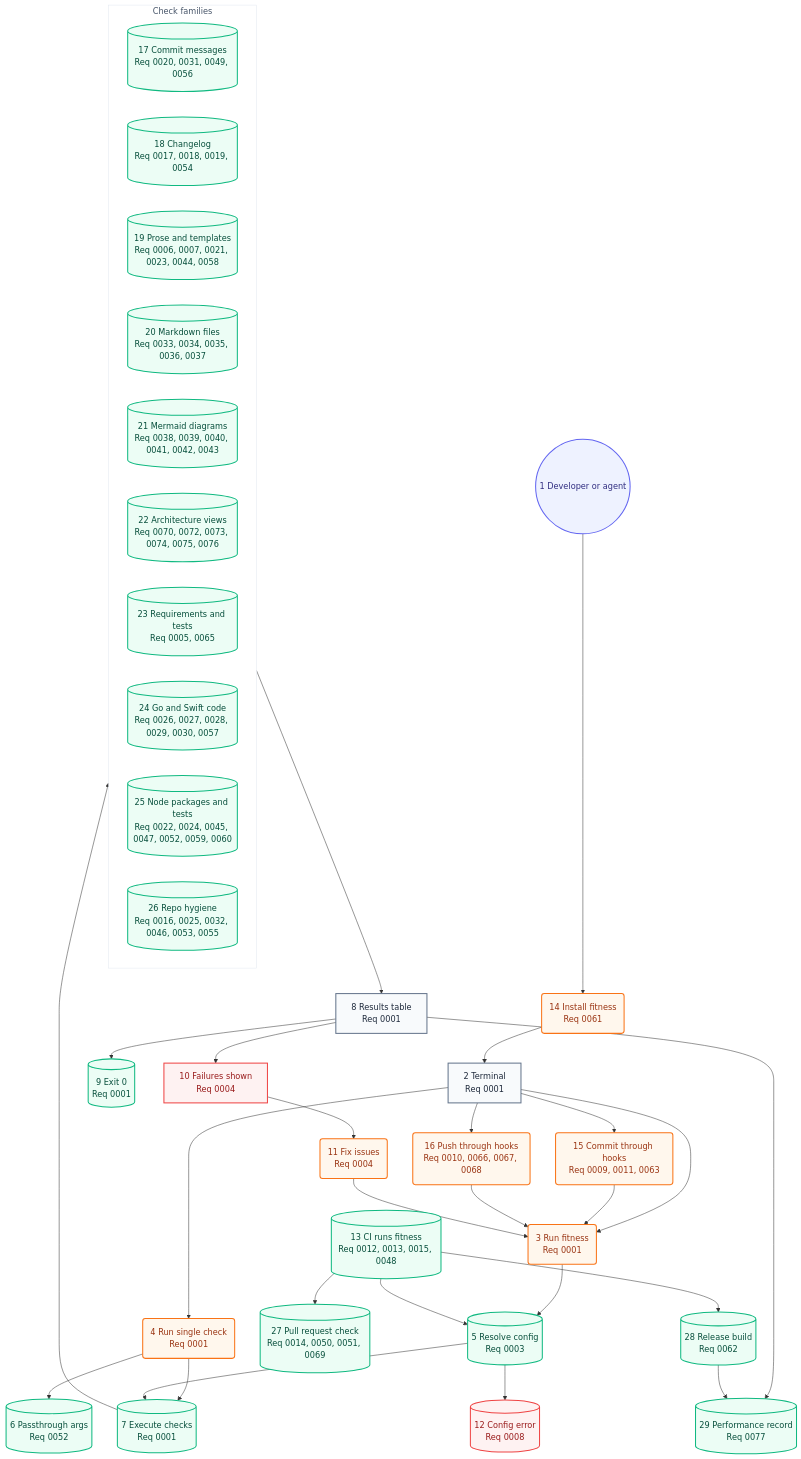
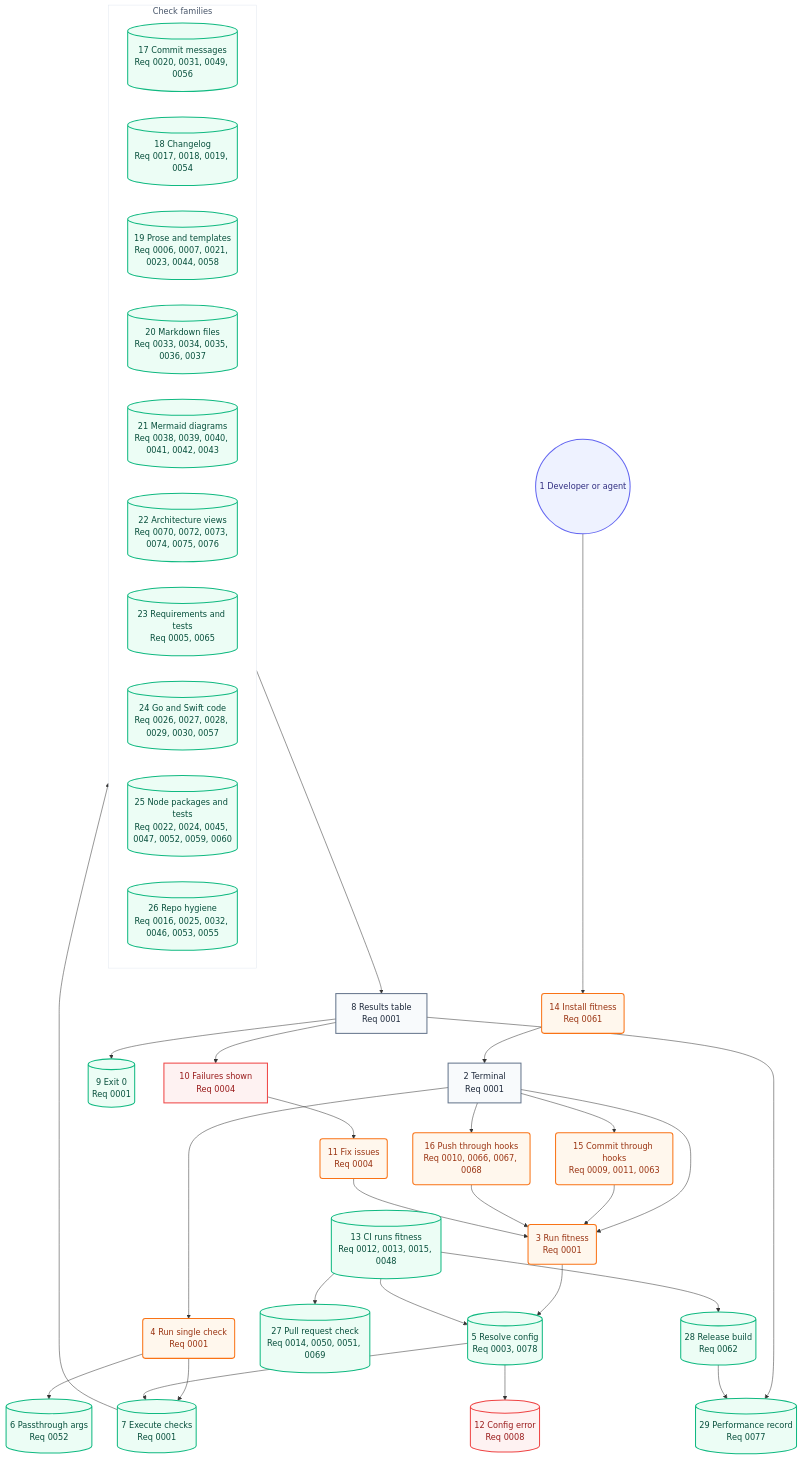
Before and after one commit to may-journal/fitness-runner: the second of 2 diagrams in docs/architecture/05-user-journey.md, drawn with Mermaid. The commit also changed other lines of this file and 13 other files, not shown here.

````diff
--- a/docs/architecture/05-user-journey.md
+++ b/docs/architecture/05-user-journey.md
@@ -39,69 +39,69 @@
 ```mermaid
 flowchart TB
     dev((1 Developer or agent)):::persona
     install(14 Install fitness<br/>Req 0061):::action
     terminal[2 Terminal<br/>Req 0001]:::screen
     runFull(3 Run fitness<br/>Req 0001):::action
     runSingle(4 Run single check<br/>Req 0001):::action
     commitHook(15 Commit through hooks<br/>Req 0009, 0011, 0063):::action
     pushHook(16 Push through hooks<br/>Req 0010, 0066, 0067, 0068):::action
-    resolveConfig[(5 Resolve config<br/>Req 0003)]:::system
+    resolveConfig[(5 Resolve config<br/>Req 0003, 0078)]:::system
     passArgs[(6 Passthrough args<br/>Req 0052)]:::system
     executeChecks[(7 Execute checks<br/>Req 0001)]:::system
 
     subgraph checks["Check families"]
         commitChecks[(17 Commit messages<br/>Req 0020, 0031, 0049, 0056)]:::system
         changelogChecks[(18 Changelog<br/>Req 0017, 0018, 0019, 0054)]:::system
         proseChecks[(19 Prose and templates<br/>Req 0006, 0007, 0021, 0023, 0044, 0058)]:::system
         markdownChecks[(20 Markdown files<br/>Req 0033, 0034, 0035, 0036, 0037)]:::system
         mermaidChecks[(21 Mermaid diagrams<br/>Req 0038, 0039, 0040, 0041, 0042, 0043)]:::system
         architectureChecks[(22 Architecture views<br/>Req 0070, 0072, 0073, 0074, 0075, 0076)]:::system
         requirementChecks[(23 Requirements and tests<br/>Req 0005, 0065)]:::system
         goSwiftChecks[(24 Go and Swift code<br/>Req 0026, 0027, 0028, 0029, 0030, 0057)]:::system
         nodeChecks[(25 Node packages and tests<br/>Req 0022, 0024, 0045, 0047, 0052, 0059, 0060)]:::system
         repoChecks[(26 Repo hygiene<br/>Req 0016, 0025, 0032, 0046, 0053, 0055)]:::system
     end
 
     resultsTable[8 Results table<br/>Req 0001]:::screen
     exitZero[(9 Exit 0<br/>Req 0001)]:::system
     failuresShown[10 Failures shown<br/>Req 0004]:::blocked
     fixIssues(11 Fix issues<br/>Req 0004):::action
     configError[(12 Config error<br/>Req 0008)]:::blocked
     ciRun[(13 CI runs fitness<br/>Req 0012, 0013, 0015, 0048)]:::system
     prCheck[(27 Pull request check<br/>Req 0014, 0050, 0051, 0069)]:::system
     release[(28 Release build<br/>Req 0062)]:::system
     perfRecord[(29 Performance record<br/>Req 0077)]:::system
 
     dev --> install
     install --> terminal
     terminal --> runFull
     terminal --> runSingle
     terminal --> commitHook
     terminal --> pushHook
     commitHook --> runFull
     pushHook --> runFull
     runFull --> resolveConfig
     runSingle --> executeChecks
     runSingle --> passArgs
     resolveConfig --> executeChecks
     resolveConfig --> configError
     executeChecks --> checks
     checks --> resultsTable
     resultsTable --> exitZero
     resultsTable --> failuresShown
     failuresShown --> fixIssues
     fixIssues --> runFull
     ciRun --> resolveConfig
     ciRun --> prCheck
     ciRun --> release
     resultsTable --> perfRecord
     release --> perfRecord
 
     classDef persona fill:#eef2ff,stroke:#6366f1,color:#312e81,stroke-width:2px
     classDef screen fill:#f8fafc,stroke:#64748b,color:#1e293b,stroke-width:2px
     classDef action fill:#fff7ed,stroke:#f97316,color:#9a3412,stroke-width:2px
     classDef system fill:#ecfdf5,stroke:#10b981,color:#064e3b,stroke-width:2px
     classDef blocked fill:#fef2f2,stroke:#ef4444,color:#991b1b,stroke-width:2px
 
     style checks fill:#ffffff,stroke:#e2e8f0,color:#475569,stroke-width:1px
 ```
````
